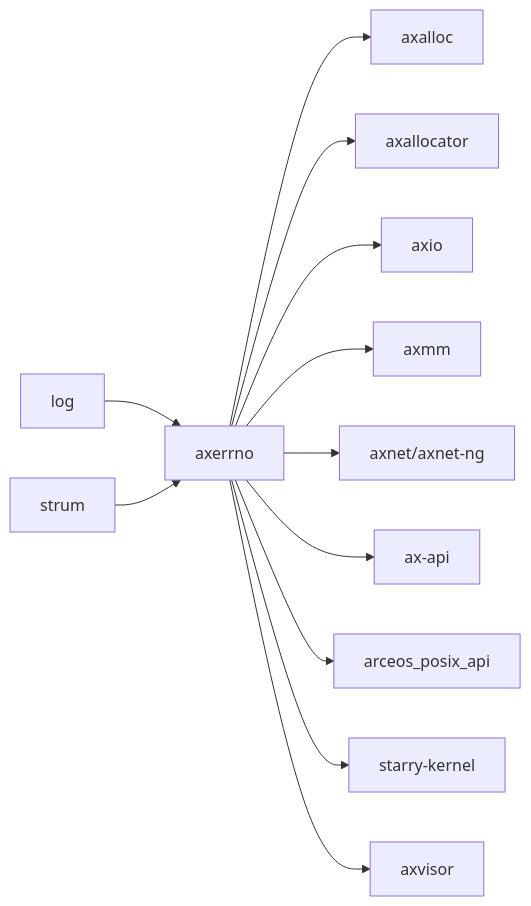
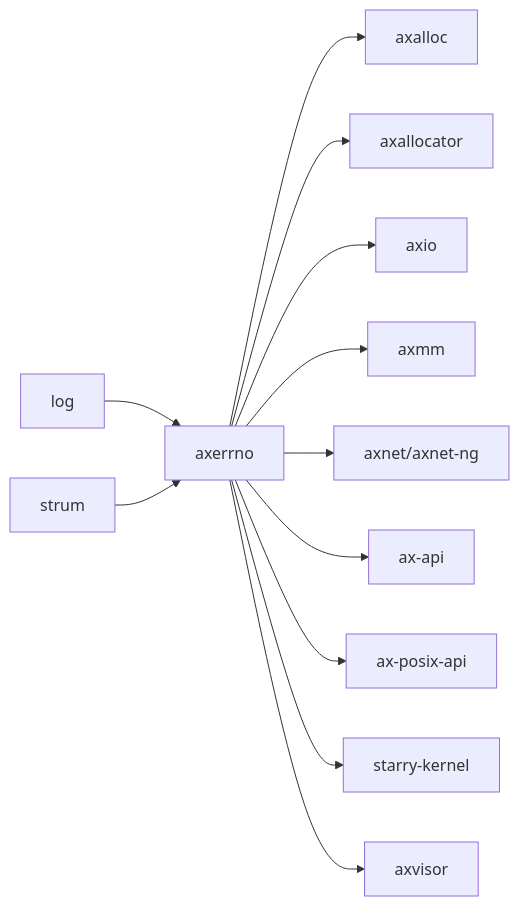
Before and after one commit to zKurisu/tgoskits: the second of 2 diagrams in docs/crates/axerrno.md, drawn with Mermaid. The commit also changed other lines of this file and 39 other files, not shown here.

Commit message:
rename arceos_posix_api to ax-posix-api

````diff
--- a/docs/crates/axerrno.md
+++ b/docs/crates/axerrno.md
@@ -80,15 +80,15 @@
 ```mermaid
 graph LR
     log["log"] --> axerrno["axerrno"]
     strum["strum"] --> axerrno
 
     axerrno --> axalloc["axalloc"]
     axerrno --> axallocator["axallocator"]
     axerrno --> axio["axio"]
     axerrno --> axmm["axmm"]
     axerrno --> axnet["axnet/axnet-ng"]
     axerrno --> ax-api["ax-api"]
-    axerrno --> arceos_posix["arceos_posix_api"]
+    axerrno --> arceos_posix["ax-posix-api"]
     axerrno --> starry_kernel["starry-kernel"]
     axerrno --> axvisor["axvisor"]
 ```
````
